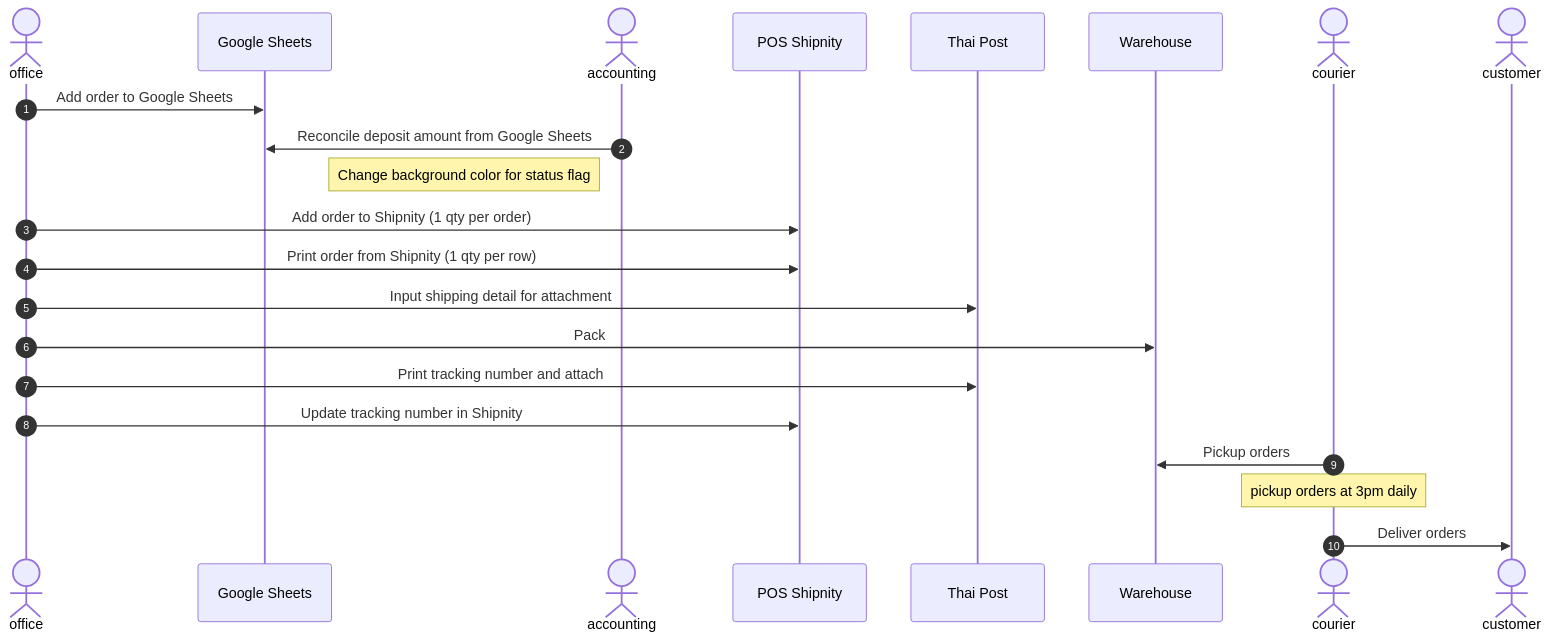
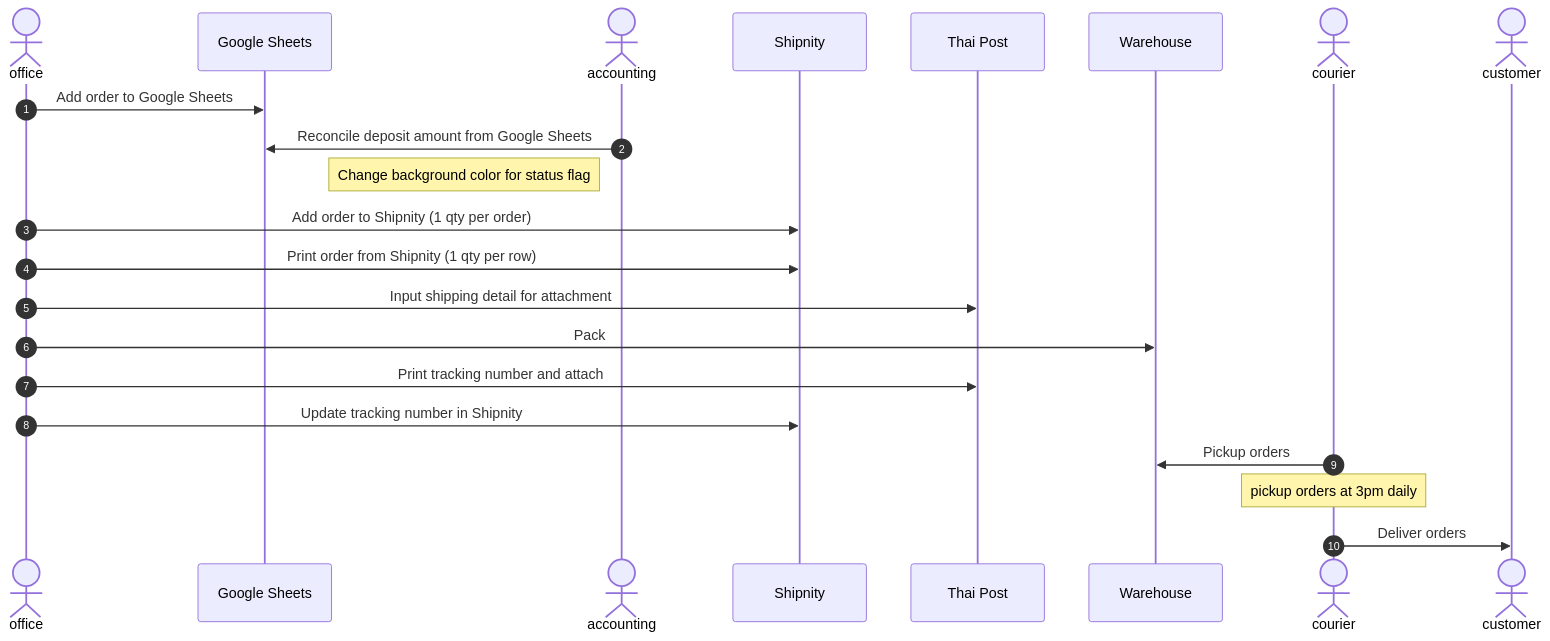
Before and after one commit to turboza/urthe-documentation: the second of 3 diagrams in online-flow.md, drawn with Mermaid. The commit also changed other lines of this file and 3 other files, not shown here.

````diff
--- a/online-flow.md
+++ b/online-flow.md
@@ -22,26 +22,26 @@
 ```mermaid
 sequenceDiagram
     actor office
     participant Google Sheets
     actor accounting
-    participant POS Shipnity
+    participant Shipnity
     participant Thai Post
     participant Warehouse
     actor courier
     actor customer
 
     autonumber
 
     office->>Google Sheets: Add order to Google Sheets
     accounting->>Google Sheets: Reconcile deposit amount from Google Sheets
     Note left of accounting: Change background color for status flag
-    office->>POS Shipnity: Add order to Shipnity (1 qty per order)
-    office->>POS Shipnity: Print order from Shipnity (1 qty per row)
+    office->>Shipnity: Add order to Shipnity (1 qty per order)
+    office->>Shipnity: Print order from Shipnity (1 qty per row)
     office->>Thai Post: Input shipping detail for attachment
     office->>Warehouse: Pack
     office->>Thai Post: Print tracking number and attach
-    office->>POS Shipnity: Update tracking number in Shipnity
+    office->>Shipnity: Update tracking number in Shipnity
     courier->>Warehouse: Pickup orders
     Note over courier: pickup orders at 3pm daily
     courier->>customer: Deliver orders
 ```
````
